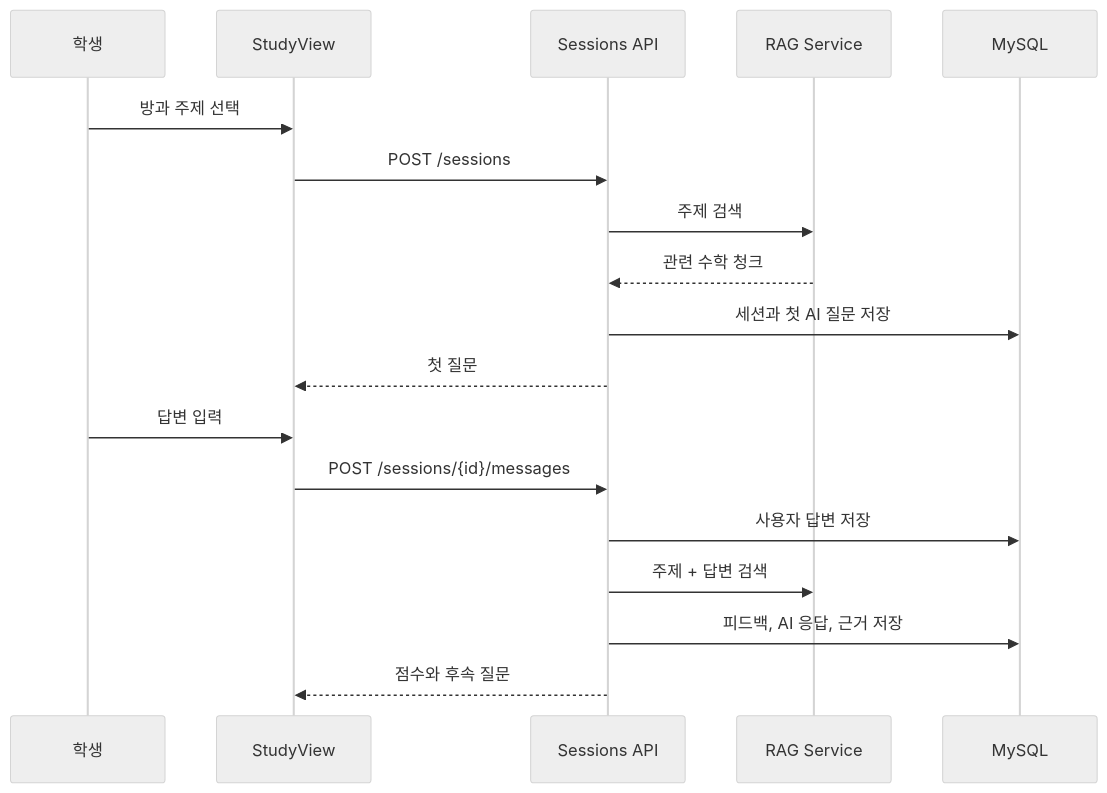
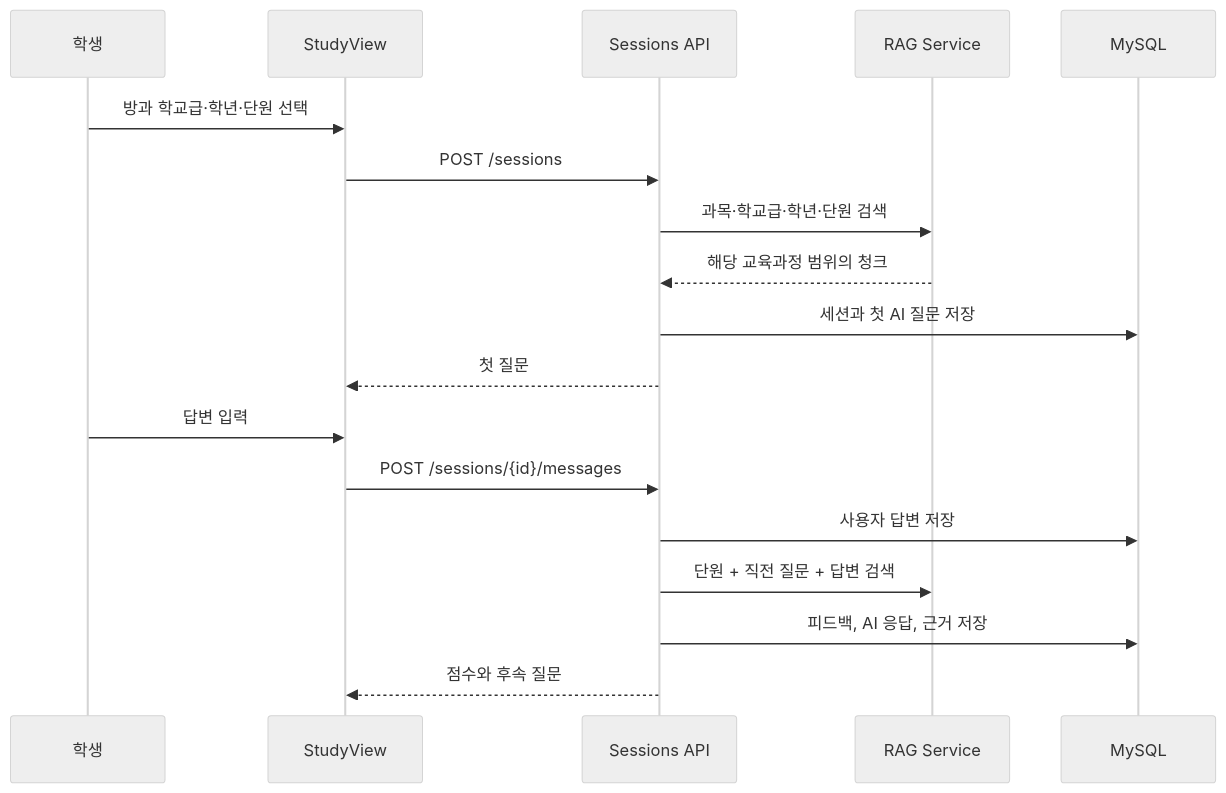
One commit to 20211400jiho/havruta-ai-tutor changed the fourth of 4 diagrams in docs/PROJECT_MANUAL.md. Above: the diagram before and after it, drawn with Mermaid (neutral theme). The commit also changed other lines of this file and 58 other files, not shown here.

````diff
--- a/docs/PROJECT_MANUAL.md
+++ b/docs/PROJECT_MANUAL.md
@@ -316,21 +322,21 @@
 ```mermaid
 sequenceDiagram
     participant S as 학생
     participant UI as StudyView
     participant API as Sessions API
     participant RAG as RAG Service
     participant DB as MySQL
 
-    S->>UI: 방과 주제 선택
+    S->>UI: 방과 학교급·학년·단원 선택
     UI->>API: POST /sessions
-    API->>RAG: 주제 검색
-    RAG-->>API: 관련 수학 청크
+    API->>RAG: 과목·학교급·학년·단원 검색
+    RAG-->>API: 해당 교육과정 범위의 청크
     API->>DB: 세션과 첫 AI 질문 저장
     API-->>UI: 첫 질문
     S->>UI: 답변 입력
     UI->>API: POST /sessions/{id}/messages
     API->>DB: 사용자 답변 저장
-    API->>RAG: 주제 + 답변 검색
+    API->>RAG: 단원 + 직전 질문 + 답변 검색
     API->>DB: 피드백, AI 응답, 근거 저장
     API-->>UI: 점수와 후속 질문
 ```
````
